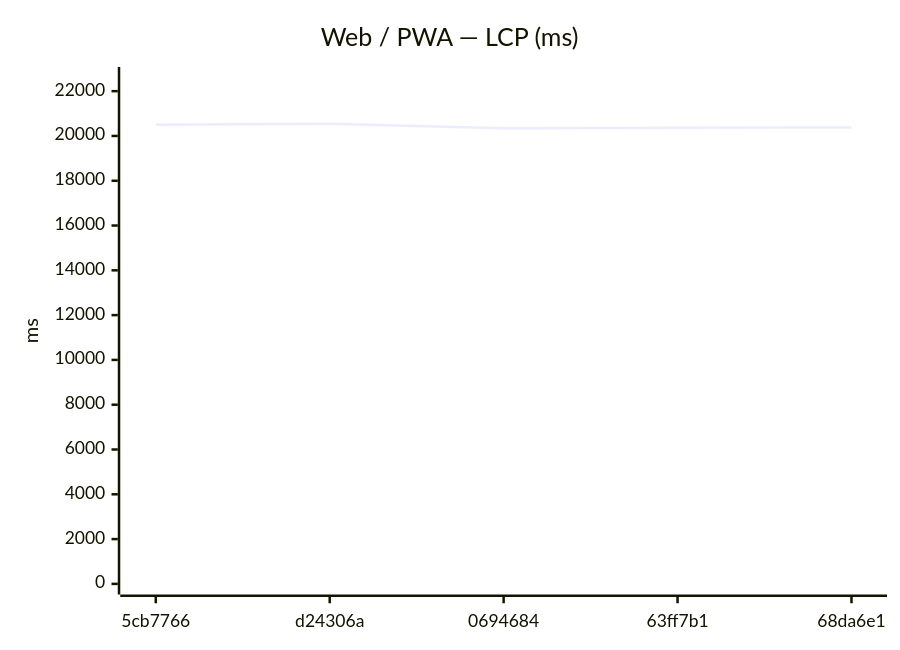
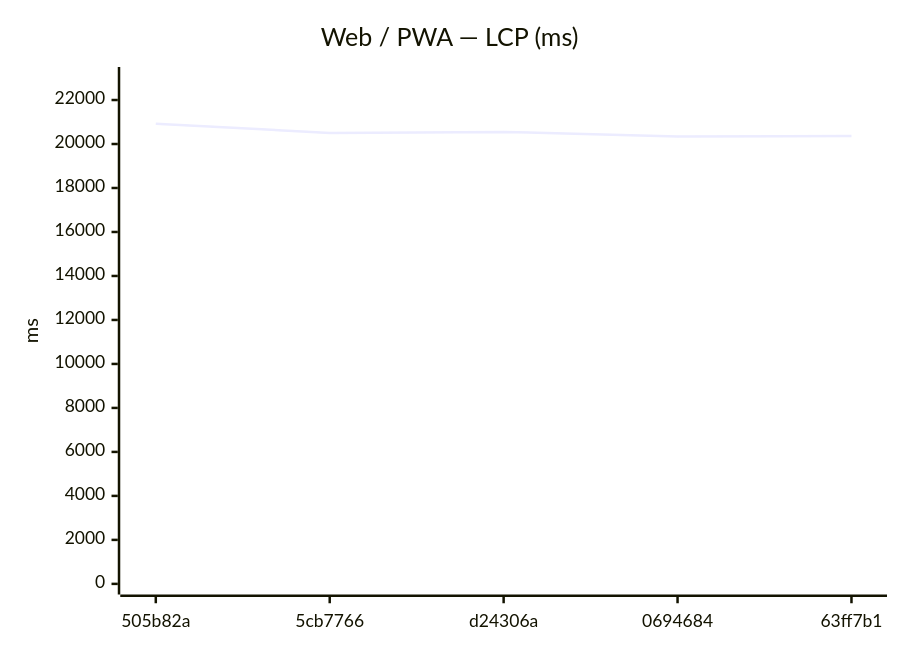
Before and after one commit to Metaheurist/Rianell: the seventh of 18 diagrams in benchmarks/compare.md, drawn with Mermaid. The commit also changed other lines of this file and 11 other files, not shown here.

````diff
--- a/benchmarks/compare.md
+++ b/benchmarks/compare.md
@@ -117,7 +117,7 @@
 ```mermaid
 xychart-beta
     title "Web / PWA — LCP (ms)"
-    x-axis ["5cb7766", "d24306a", "0694684", "63ff7b1", "68da6e1"]
-    y-axis "ms" 0 --> 22604
-    line [20504, 20549, 20346, 20361, 20380]
+    x-axis ["505b82a", "5cb7766", "d24306a", "0694684", "63ff7b1"]
+    y-axis "ms" 0 --> 23018
+    line [20925, 20504, 20549, 20346, 20361]
 ```
````
